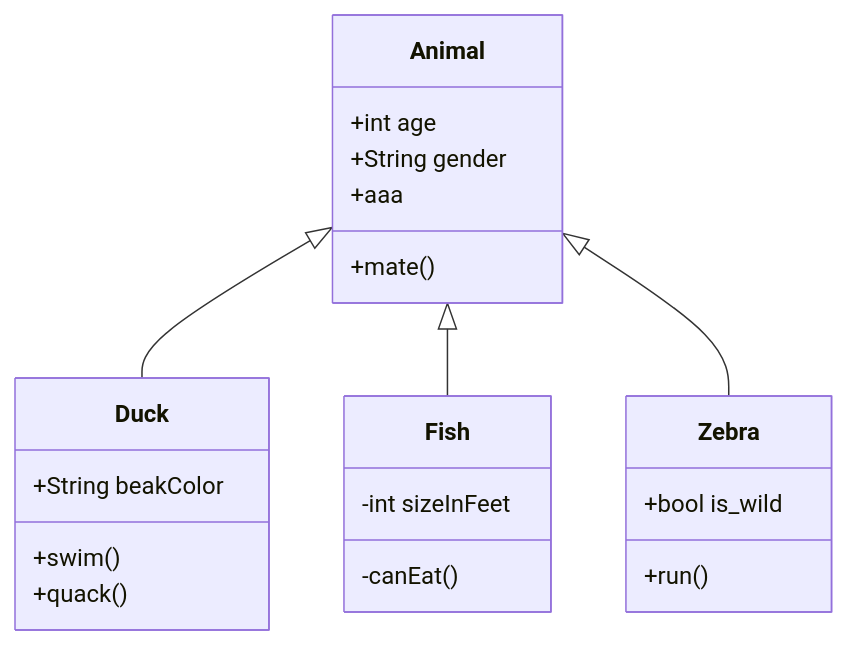
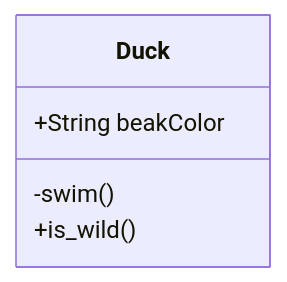
One commit to eran-swimm/t1 changed the diagram in .swm/mermaid-class-diagram.h9qf0.sw.md. Above: the diagram before and after it, drawn with Mermaid. The commit also changed other lines of this file, not shown here.

Commit message:
docs(swimm): update doc: "mermaid class diagram"

````diff
--- a/.swm/mermaid-class-diagram.h9qf0.sw.md
+++ b/.swm/mermaid-class-diagram.h9qf0.sw.md
@@ -17,23 +15,8 @@
 ```mermaid
 classDiagram
-Animal <|-- Duck
-Animal <|-- Fish
-Animal <|-- Zebra
-Animal : +int age
-Animal : +String gender
-Animal: +aaa
-Animal: +mate()
 class Duck{
 +String beakColor
-+swim()
-+quack()
-}
-class Fish{
-\-int sizeInFeet
-\-canEat()
-}
-class Zebra{
-+bool is\_wild
-+run()
+\-swim()
++is\_wild()
 }
 ```
````
